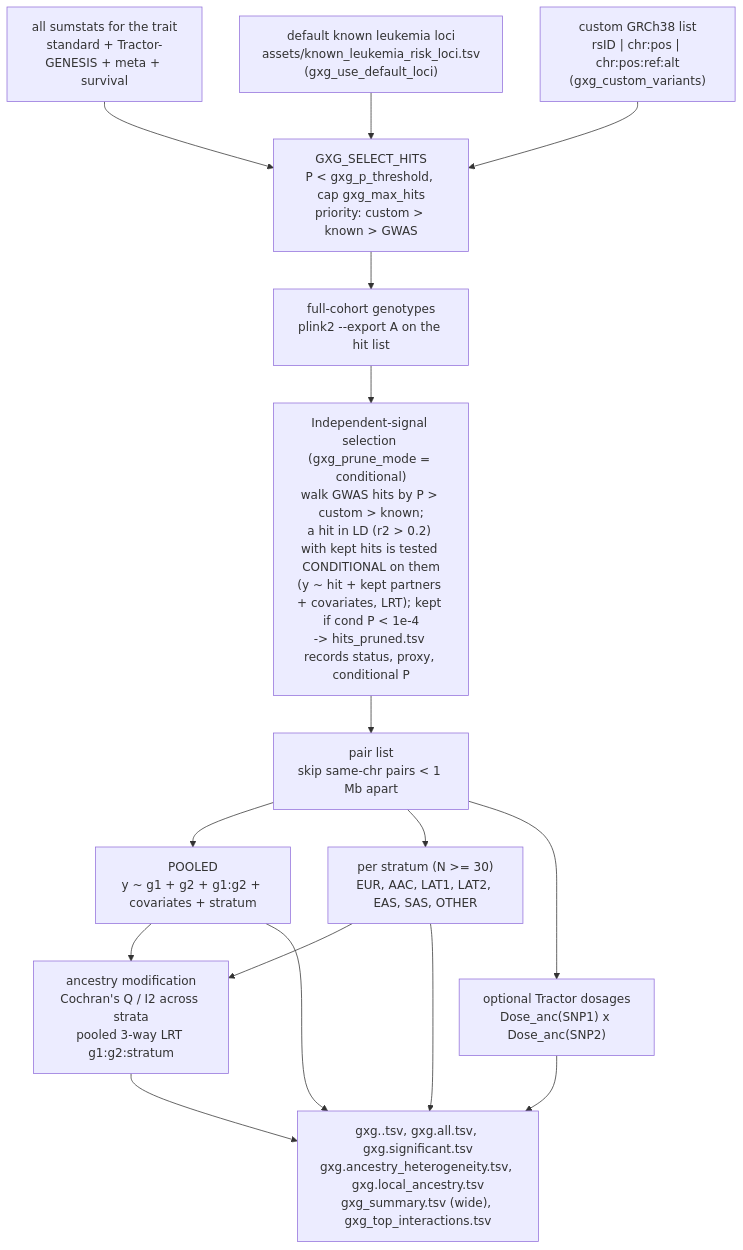
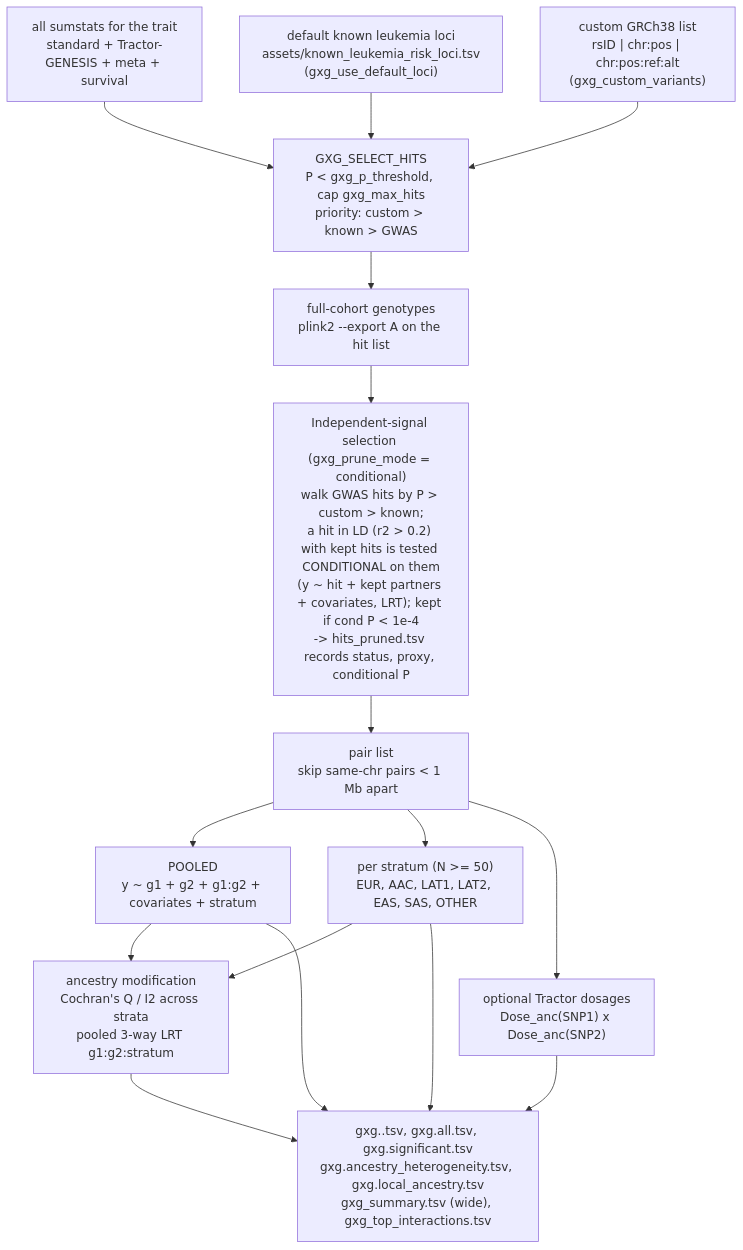
Before and after one commit to chrisrob3312/Nextflow_GWAS_pipeline: the third of 4 diagrams in docs/WORKFLOW.md, drawn with Mermaid. The commit also changed other lines of this file and 14 other files, not shown here.

````diff
--- a/docs/WORKFLOW.md
+++ b/docs/WORKFLOW.md
@@ -135,28 +135,28 @@
 ```mermaid
 flowchart TD
     S["all sumstats for the trait<br/>standard + Tractor-GENESIS + meta + survival"]
     KL["default known leukemia loci<br/>assets/known_leukemia_risk_loci.tsv<br/>(gxg_use_default_loci)"]
     CV["custom GRCh38 list<br/>rsID | chr:pos | chr:pos:ref:alt<br/>(gxg_custom_variants)"]
     SEL["GXG_SELECT_HITS<br/>P < gxg_p_threshold, cap gxg_max_hits<br/>priority: custom > known > GWAS"]
     G["full-cohort genotypes<br/>plink2 --export A on the hit list"]
     PR["Independent-signal selection (gxg_prune_mode = conditional)<br/>walk GWAS hits by P > custom > known;<br/>a hit in LD (r2 > 0.2) with kept hits is tested CONDITIONAL on them<br/>(y ~ hit + kept partners + covariates, LRT); kept if cond P < 1e-4<br/>-> hits_pruned.tsv records status, proxy, conditional P"]
     PAIRS["pair list<br/>skip same-chr pairs < 1 Mb apart"]
     T0["POOLED<br/>y ~ g1 + g2 + g1:g2 + covariates + stratum"]
-    T1["per stratum (N >= 30)<br/>EUR, AAC, LAT1, LAT2, EAS, SAS, OTHER"]
+    T1["per stratum (N >= 50)<br/>EUR, AAC, LAT1, LAT2, EAS, SAS, OTHER"]
     HET["ancestry modification<br/>Cochran's Q / I2 across strata<br/>pooled 3-way LRT g1:g2:stratum"]
     LA["optional Tractor dosages<br/>Dose_anc(SNP1) x Dose_anc(SNP2)"]
     OUT["gxg.<stratum>.tsv, gxg.all.tsv, gxg.significant.tsv<br/>gxg.ancestry_heterogeneity.tsv, gxg.local_ancestry.tsv<br/>gxg_summary.tsv (wide), gxg_top_interactions.tsv"]
     S --> SEL
     KL --> SEL
     CV --> SEL
     SEL --> G --> PR --> PAIRS
     PAIRS --> T0
     PAIRS --> T1
     T1 --> HET
     T0 --> HET
     PAIRS --> LA
     T0 --> OUT
     T1 --> OUT
     HET --> OUT
     LA --> OUT
 ```
````
